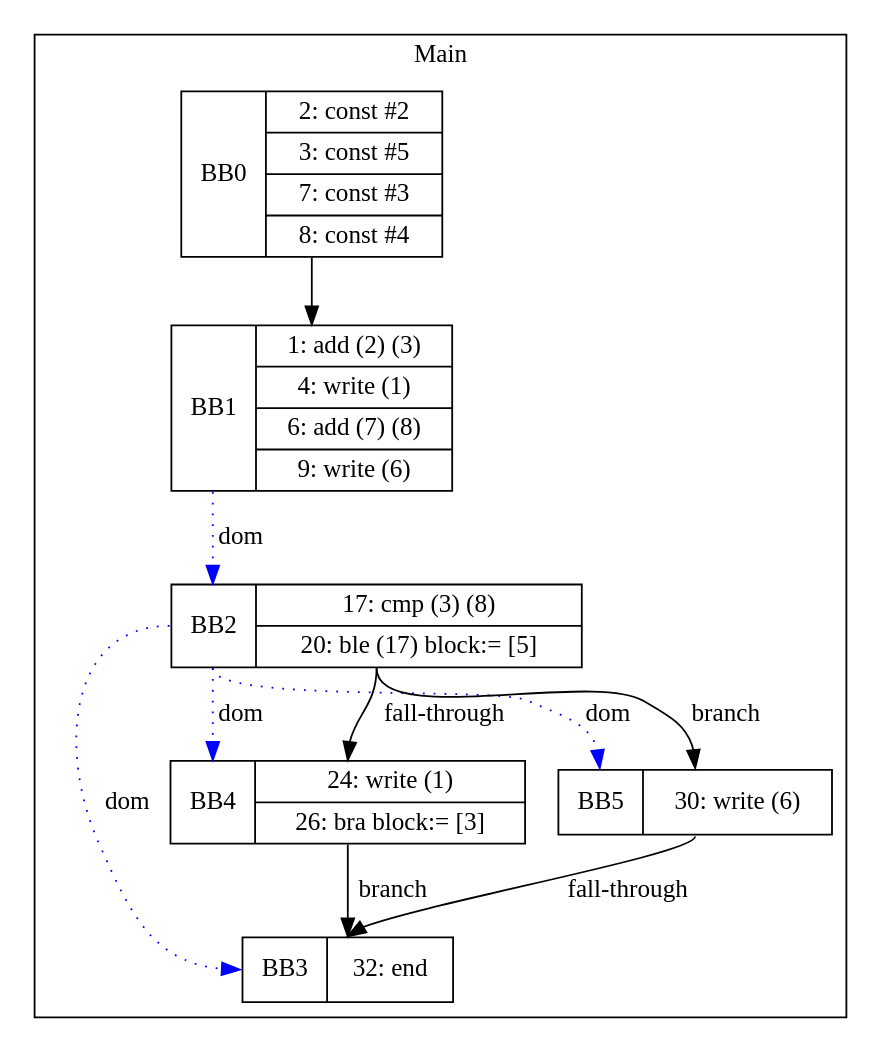
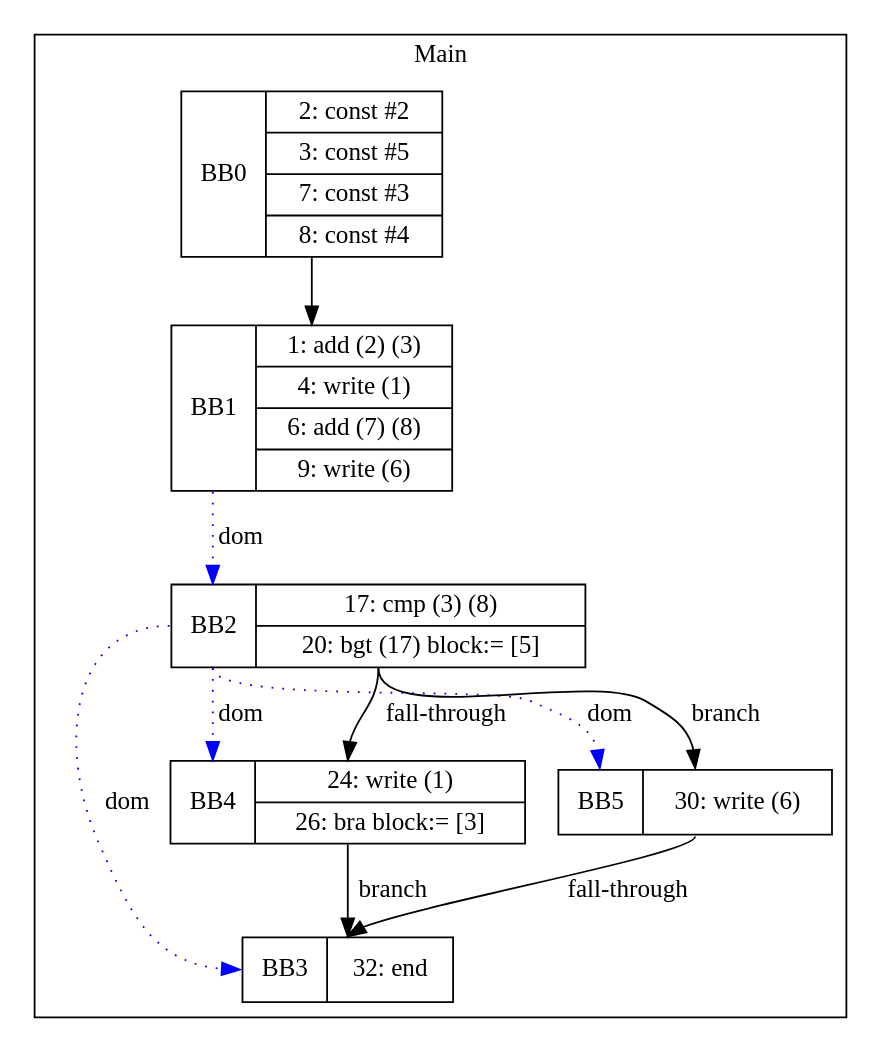
One commit to zjc664656505/UCI-CS241-Advanced-Compiler-main changed the diagram in visualization/ChinHung/if_branch_fall_empty-corrected.gv. Above: the diagram before and after it, drawn with Graphviz. The commit also changed 20 other files, not shown here.

```diff
--- a/visualization/ChinHung/if_branch_fall_empty-corrected.gv
+++ b/visualization/ChinHung/if_branch_fall_empty-corrected.gv
@@ -1,21 +1,21 @@
 digraph G {
 node [shape=record];
 subgraph cluster_main{
 label = "Main";
 BB0 [shape=record, label="<b>BB0|{2: const #2|3: const #5|7: const #3|8: const #4}"];
 BB1 [shape=record, label="<b>BB1|{1: add (2) (3)|4: write (1)|6: add (7) (8)|9: write (6)}"];
-BB2 [shape=record, label="<b>BB2|{17: cmp (3) (8)|20: ble (17) block:= [5]}"];
+BB2 [shape=record, label="<b>BB2|{17: cmp (3) (8)|20: bgt (17) block:= [5]}"];
 BB3 [shape=record, label="<b>BB3|{32: end}"];
 BB4 [shape=record, label="<b>BB4|{24: write (1)|26: bra block:= [3]}"];
 BB5 [shape=record, label="<b>BB5|{30: write (6)}"];
 }
 BB0:s -> BB1:n ;
 BB2:b -> BB3:b [color=blue, style=dotted, label="dom"];
 BB2:b -> BB4:b [color=blue, style=dotted, label="dom"];
 BB1:b -> BB2:b [color=blue, style=dotted, label="dom"];
 BB2:b -> BB5:b [color=blue, style=dotted, label="dom"];
 BB2:s -> BB5:n [label="branch"];
 BB4:s -> BB3:n [label="branch"];
 BB5:s -> BB3:n [label="fall-through"];
 BB2:s -> BB4:n [label="fall-through"];
 }
```
